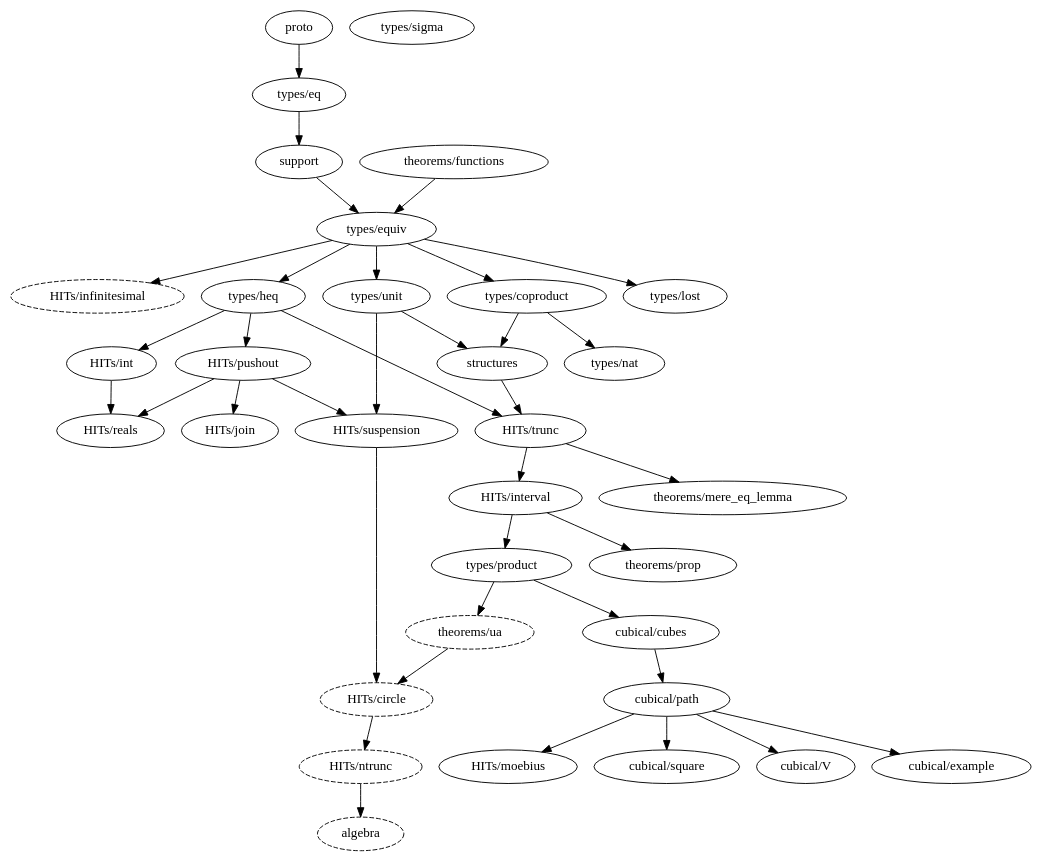
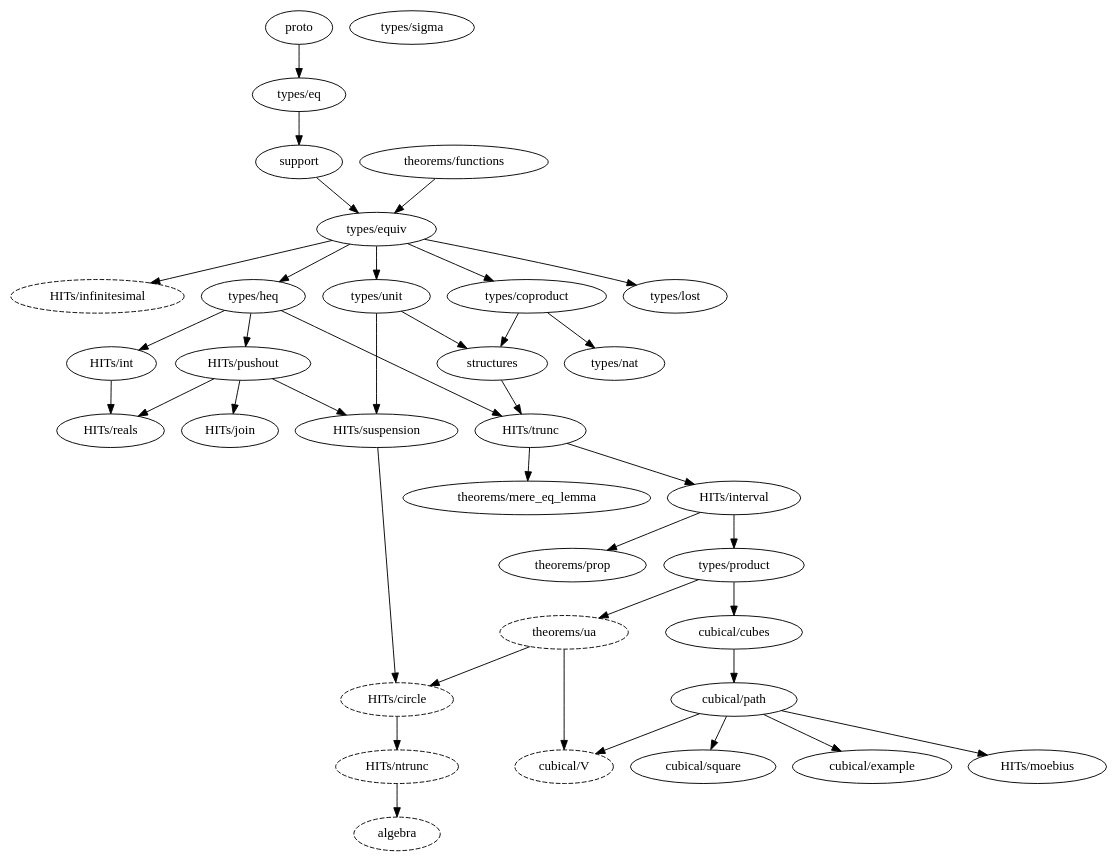
The diagram in dependency_map.gv (forked-from-1kasper/ground_zero), drawn with Graphviz before and after one commit. The commit also changed 3 other files, not shown here.

```diff
--- a/dependency_map.gv
+++ b/dependency_map.gv
@@ -1,70 +1,73 @@
 digraph dependency_map {
   proto -> "types/eq"
 
   algebra [style=dashed]
   "HITs/ntrunc" -> algebra
 
   "HITs/circle" [style=dashed]
   "HITs/suspension" -> "HITs/circle"
   "theorems/ua" -> "HITs/circle"
 
   "HITs/infinitesimal" [style=dashed]
   "types/equiv" -> "HITs/infinitesimal"
 
   "types/equiv" -> "types/coproduct"
 
   "types/product" -> "cubical/cubes"
   "cubical/cubes" -> "cubical/path"
   "cubical/path" -> "cubical/square"
+  "cubical/path" -> "cubical/example"
+
+  "cubical/V" [style=dashed]
+  "theorems/ua" -> "cubical/V"
   "cubical/path" -> "cubical/V"
-  "cubical/path" -> "cubical/example"
 
   "types/equiv" -> "types/heq"
 
   support -> "types/equiv"
   "theorems/functions" -> "types/equiv"
 
   "types/heq" -> "HITs/int"
 
   "HITs/trunc" -> "HITs/interval"
 
   "HITs/pushout" -> "HITs/join"
 
   "cubical/path" -> "HITs/moebius"
 
   "HITs/trunc" -> "theorems/mere_eq_lemma"
 
   "HITs/ntrunc" [style=dashed]
   "HITs/circle" -> "HITs/ntrunc"
 
   "HITs/interval" -> "types/product"
 
   "HITs/interval" -> "theorems/prop"
 
   "types/heq" -> "HITs/pushout"
 
   "HITs/pushout" -> "HITs/reals"
   "HITs/int" -> "HITs/reals"
 
   "types/unit" -> structures
   "types/coproduct" -> structures
 
   "types/eq" -> support
 
   "HITs/pushout" -> "HITs/suspension"
   "types/unit" -> "HITs/suspension"
 
   structures -> "HITs/trunc"
   "types/heq" -> "HITs/trunc"
 
   "theorems/ua" [style=dashed]
   "types/product" -> "theorems/ua"
 
   "types/equiv" -> "types/unit"
 
   "types/coproduct" -> "types/nat"
 
   "types/equiv" -> "types/lost"
 
   "types/sigma"
 }
```
